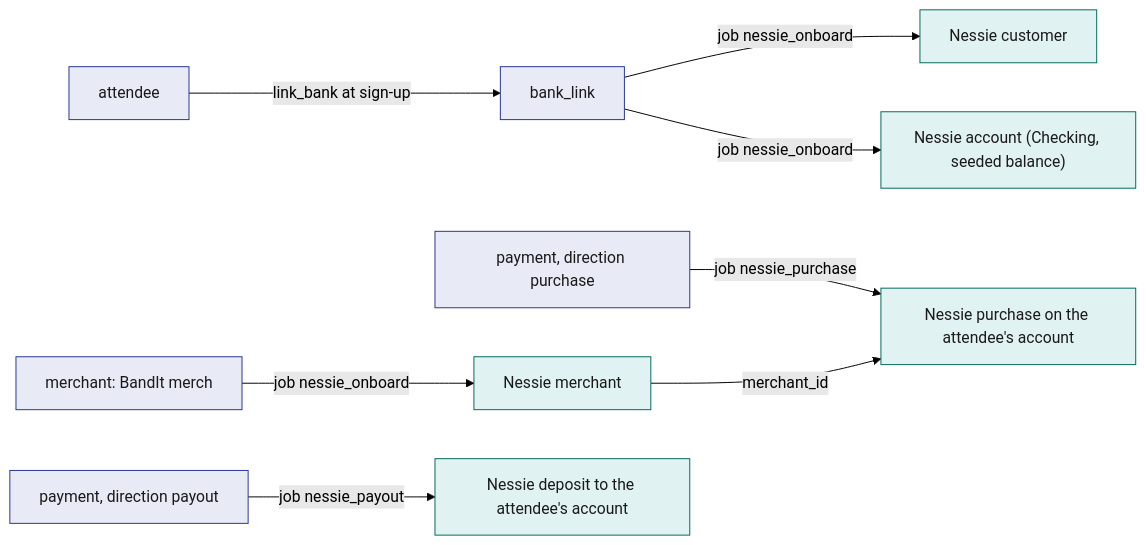
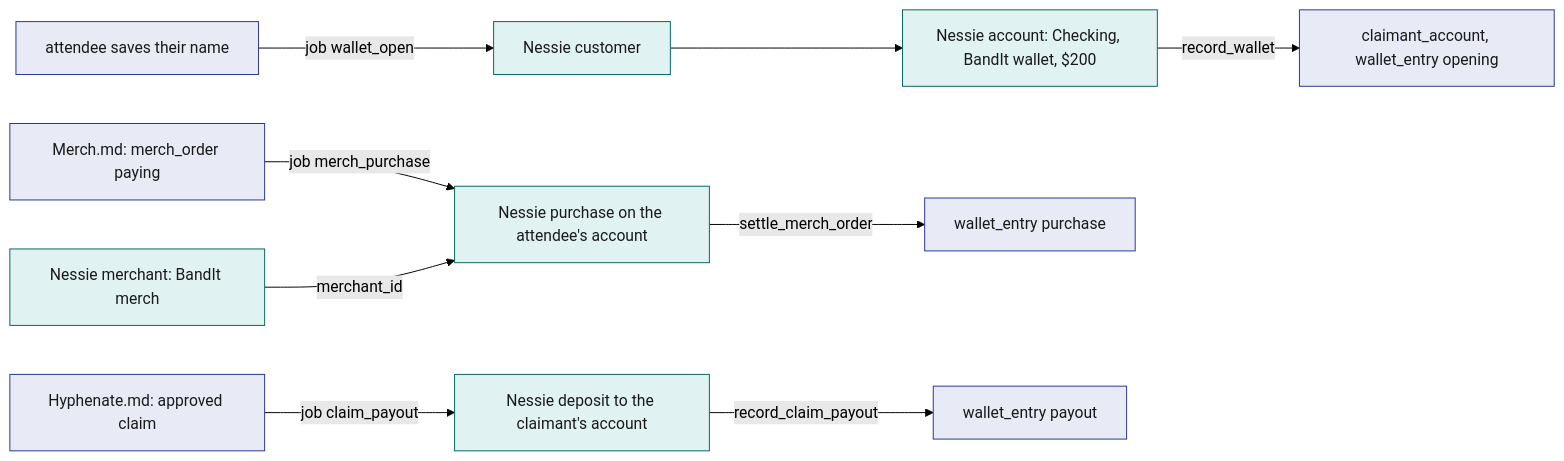
Before and after one commit to viktorinkov/cal-hacks-13: the first of 3 diagrams in System Design/7-integrations/Payments-Nessie.md, drawn with Mermaid (forest theme). The commit also changed other lines of this file and 21 other files, not shown here.

````diff
--- a/System Design/7-integrations/Payments-Nessie.md
+++ b/System Design/7-integrations/Payments-Nessie.md
@@ -55,14 +51,15 @@
 ```mermaid
 flowchart LR
-  A["attendee"] -->|"link_bank at sign-up"| BL["bank_link"]
-  BL -->|"job nessie_onboard"| NC["Nessie customer"]
-  BL -->|"job nessie_onboard"| NA["Nessie account (Checking, seeded balance)"]
-  MR["merchant: BandIt merch"] -->|"job nessie_onboard"| NM["Nessie merchant"]
-  P["payment, direction purchase"] -->|"job nessie_purchase"| NP["Nessie purchase on the attendee's account"]
-  PO["payment, direction payout"] -->|"job nessie_payout"| ND["Nessie deposit to the attendee's account"]
-  NM -->|"merchant_id"| NP
+  A["attendee saves their name"] -->|"job wallet_open"| NC["Nessie customer"]
+  NC --> NA["Nessie account: Checking, BandIt wallet, $200"]
+  NA -->|"record_wallet"| CA["claimant_account, wallet_entry opening"]
+  O["Merch.md: merch_order paying"] -->|"job merch_purchase"| NP["Nessie purchase on the attendee's account"]
+  NM["Nessie merchant: BandIt merch"] -->|"merchant_id"| NP
+  NP -->|"settle_merch_order"| WP["wallet_entry purchase"]
+  C["Hyphenate.md: approved claim"] -->|"job claim_payout"| ND["Nessie deposit to the claimant's account"]
+  ND -->|"record_claim_payout"| WO["wallet_entry payout"]
   classDef stdb fill:#E8EAF6,stroke:#283593,color:#1A1A1A
   classDef ext fill:#E0F2F1,stroke:#00695C,color:#1A1A1A
-  class A,BL,MR,P,PO stdb
+  class A,CA,O,WP,C,WO stdb
   class NC,NA,NM,NP,ND ext
 ```
````
